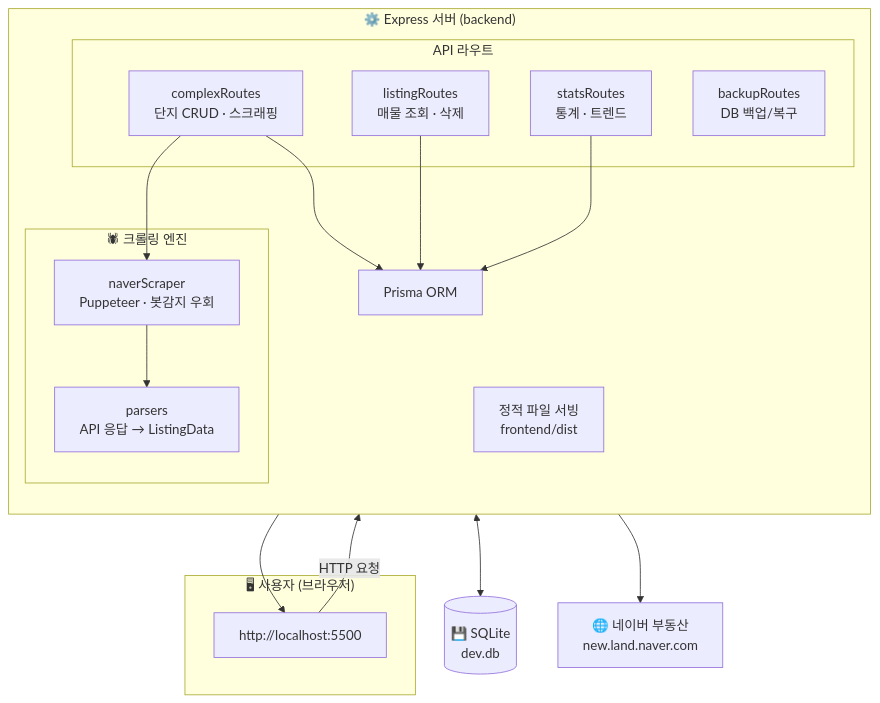
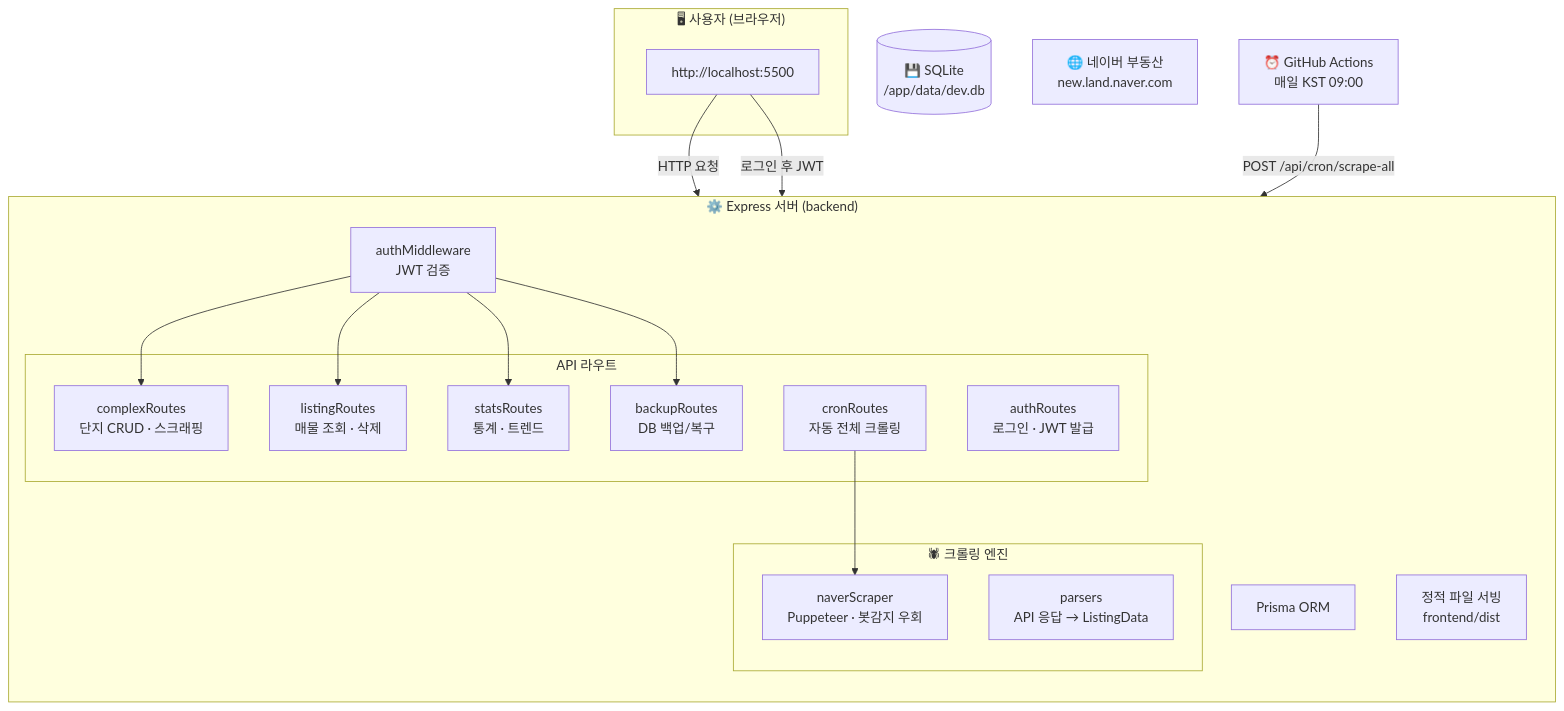
The first of 4 diagrams in README.md (TaejunGoo/naver-land-scraper), drawn with Mermaid before and after one commit. The commit also changed other lines of this file and 3 other files, not shown here.

````diff
--- a/README.md
+++ b/README.md
@@ -46,35 +54,37 @@
 ```mermaid
 graph TB
     subgraph 사용자["🖥 사용자 (브라우저)"]
         Browser["http://localhost:5500"]
     end
 
     subgraph Backend["⚙️ Express 서버 (backend)"]
         direction TB
         subgraph Routes["API 라우트"]
+            AR["authRoutes<br/>로그인 · JWT 발급"]
             CR["complexRoutes<br/>단지 CRUD · 스크래핑"]
             LR["listingRoutes<br/>매물 조회 · 삭제"]
             SR["statsRoutes<br/>통계 · 트렌드"]
             BR["backupRoutes<br/>DB 백업/복구"]
+            CRON["cronRoutes<br/>자동 전체 크롤링"]
         end
+        AM["authMiddleware<br/>JWT 검증"]
 
         subgraph Scraper["🕷 크롤링 엔진"]
             NS["naverScraper<br/>Puppeteer · 봇감지 우회"]
             PS["parsers<br/>API 응답 → ListingData"]
         end
 
         PM["Prisma ORM"]
         Static["정적 파일 서빙<br/>frontend/dist"]
     end
 
-    DB[("💾 SQLite<br/>dev.db")]
+    GHA["⏰ GitHub Actions<br/>매일 KST 09:00"]
+    DB[("💾 SQLite<br/>/app/data/dev.db")]
     Naver["🌐 네이버 부동산<br/>new.land.naver.com"]
 
-    Browser -- "HTTP 요청" --> Routes
-    CR --> NS
-    NS --> Naver
-    NS --> PS
-    PM <--> DB
-    CR & LR & SR --> PM
-    Static --> Browser
+    Browser -- "HTTP 요청" --> AR
+    Browser -- "로그인 후 JWT" --> AM
+    AM --> CR & LR & SR & BR
+    GHA -- "POST /api/cron/scrape-all" --> CRON
+    CRON --> NS
 ```
````
